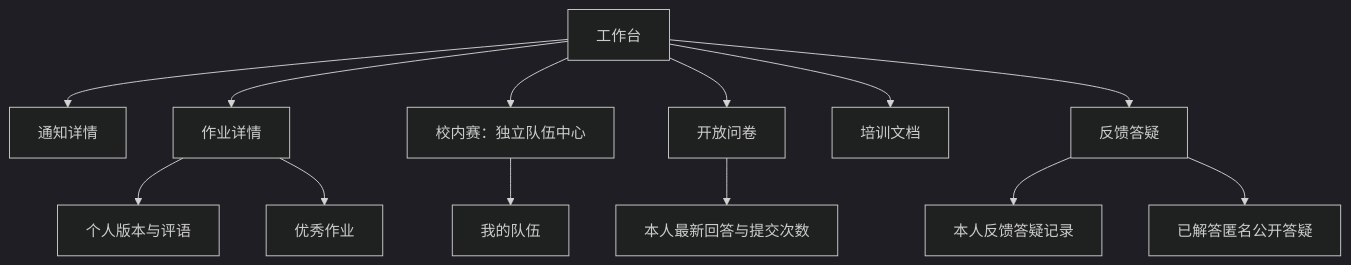
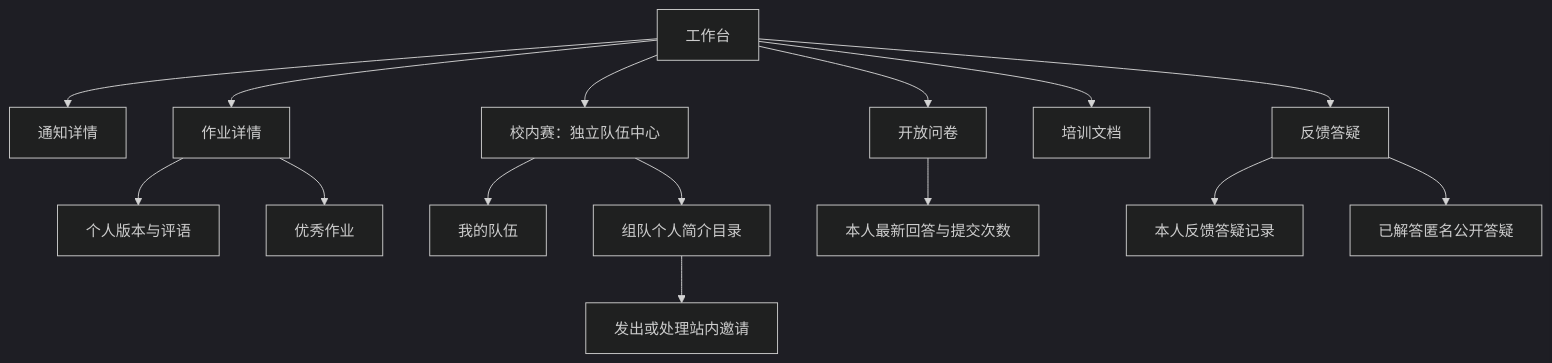
Before and after one commit to CosmosMount/homework_system: the diagram in .agents/docs/02-information-architecture.md, drawn with Mermaid (dark theme). The commit also changed other lines of this file and 33 other files, not shown here.

Commit message:
feat: add team profiles and invitations

````diff
--- a/.agents/docs/02-information-architecture.md
+++ b/.agents/docs/02-information-architecture.md
@@ -77,15 +78,17 @@
 ```mermaid
 flowchart TD
     Dashboard[工作台] --> Announcement[通知详情]
     Dashboard --> Assignment[作业详情]
     Dashboard --> TeamCenter[校内赛：独立队伍中心]
     Dashboard --> Intention[开放问卷]
     Dashboard --> Knowledge[培训文档]
     Dashboard --> Help[反馈答疑]
     Assignment --> Submission[个人版本与评语]
     TeamCenter --> Team[我的队伍]
     Intention --> Response[本人最新回答与提交次数]
+    TeamCenter --> Profiles[组队个人简介目录]
+    Profiles --> Invitation[发出或处理站内邀请]
     Help --> HelpRequest[本人反馈答疑记录]
     Help --> PublicHelp[已解答匿名公开答疑]
     Assignment --> ExcellentWork[优秀作业]
 ```
````
